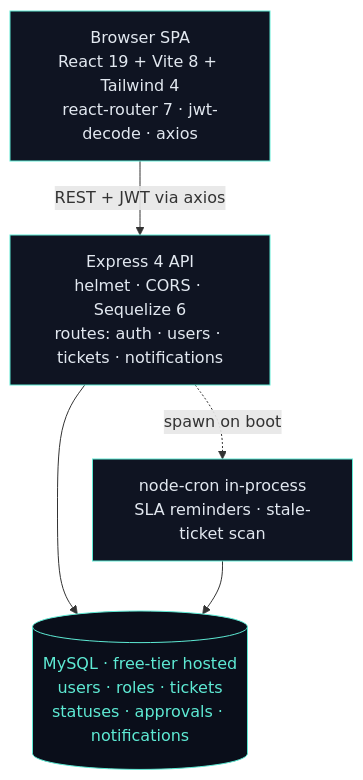
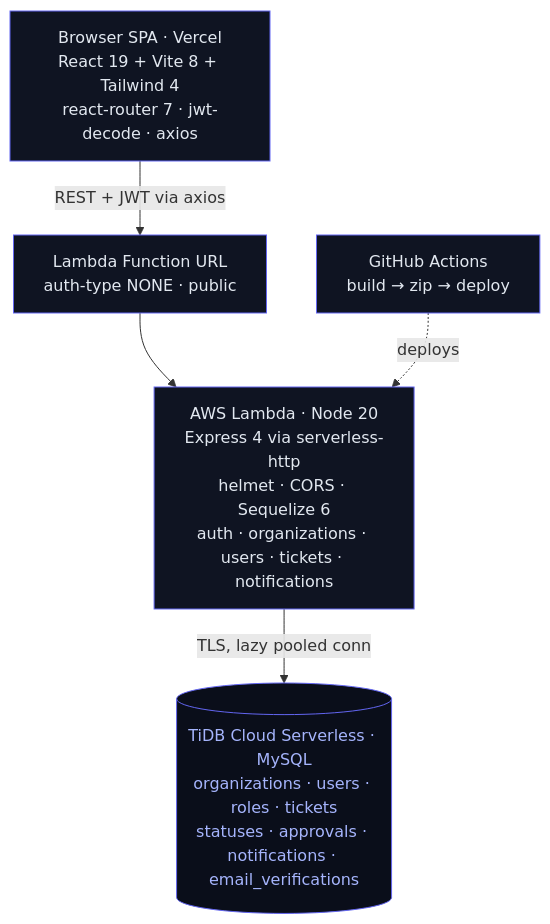
Before and after one commit to Asciente-rks/service-ticket-system: the first of 5 diagrams in README.md, drawn with Mermaid. The commit also changed other lines of this file, not shown here.

Commit message:
docs: update architecture diagram to Lambda Function URL + TiDB (drop node-cron/EventBridge)

````diff
--- a/README.md
+++ b/README.md
@@ -64,17 +64,18 @@
 ```mermaid
 graph TB
-    Browser["Browser SPA<br/>React 19 + Vite 8 + Tailwind 4<br/>react-router 7 · jwt-decode · axios"]
-    Express["Express 4 API<br/>helmet · CORS · Sequelize 6<br/>routes: auth · users · tickets · notifications"]
-    Cron["node-cron in-process<br/>SLA reminders · stale-ticket scan"]
-    MySQL[("MySQL · free-tier hosted<br/>users · roles · tickets<br/>statuses · approvals · notifications")]
+    Browser["Browser SPA · Vercel<br/>React 19 + Vite 8 + Tailwind 4<br/>react-router 7 · jwt-decode · axios"]
+    URL["Lambda Function URL<br/>auth-type NONE · public"]
+    Lambda["AWS Lambda · Node 20<br/>Express 4 via serverless-http<br/>helmet · CORS · Sequelize 6<br/>auth · organizations · users · tickets · notifications"]
+    TiDB[("TiDB Cloud Serverless · MySQL<br/>organizations · users · roles · tickets<br/>statuses · approvals · notifications · email_verifications")]
+    Actions["GitHub Actions<br/>build → zip → deploy"]
 
-    Browser -->|REST + JWT via axios| Express
-    Express --> MySQL
-    Express -.spawn on boot.-> Cron
-    Cron --> MySQL
+    Browser -->|REST + JWT via axios| URL
+    URL --> Lambda
+    Lambda -->|TLS, lazy pooled conn| TiDB
+    Actions -.deploys.-> Lambda
 
-    classDef edge fill:#0f1422,stroke:#5eead4,color:#e2e8f0
-    classDef store fill:#0a0e1a,stroke:#5eead4,color:#5eead4
-    class Browser,Express,Cron edge
-    class MySQL store
+    classDef edge fill:#0f1422,stroke:#6366f1,color:#e2e8f0
+    classDef store fill:#0a0e1a,stroke:#6366f1,color:#a5b4fc
+    class Browser,URL,Lambda,Actions edge
+    class TiDB store
 ```
````
